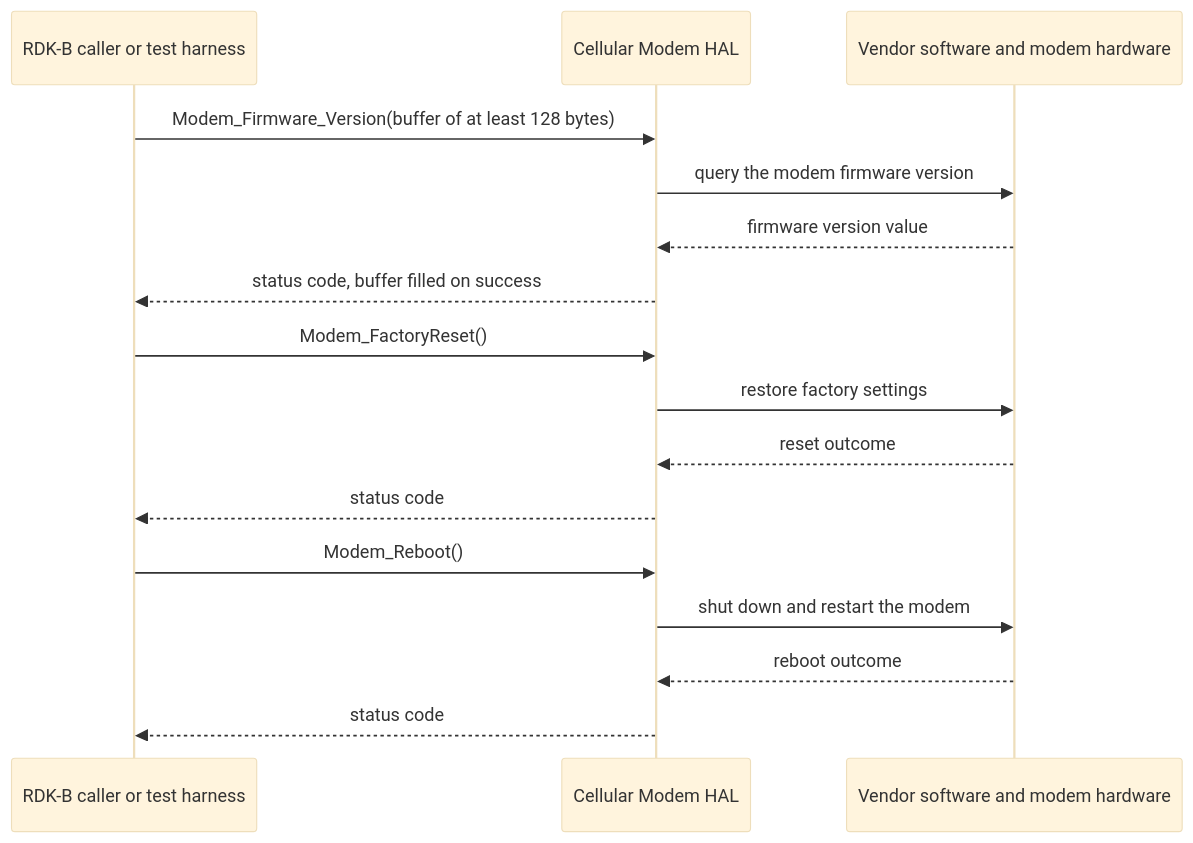
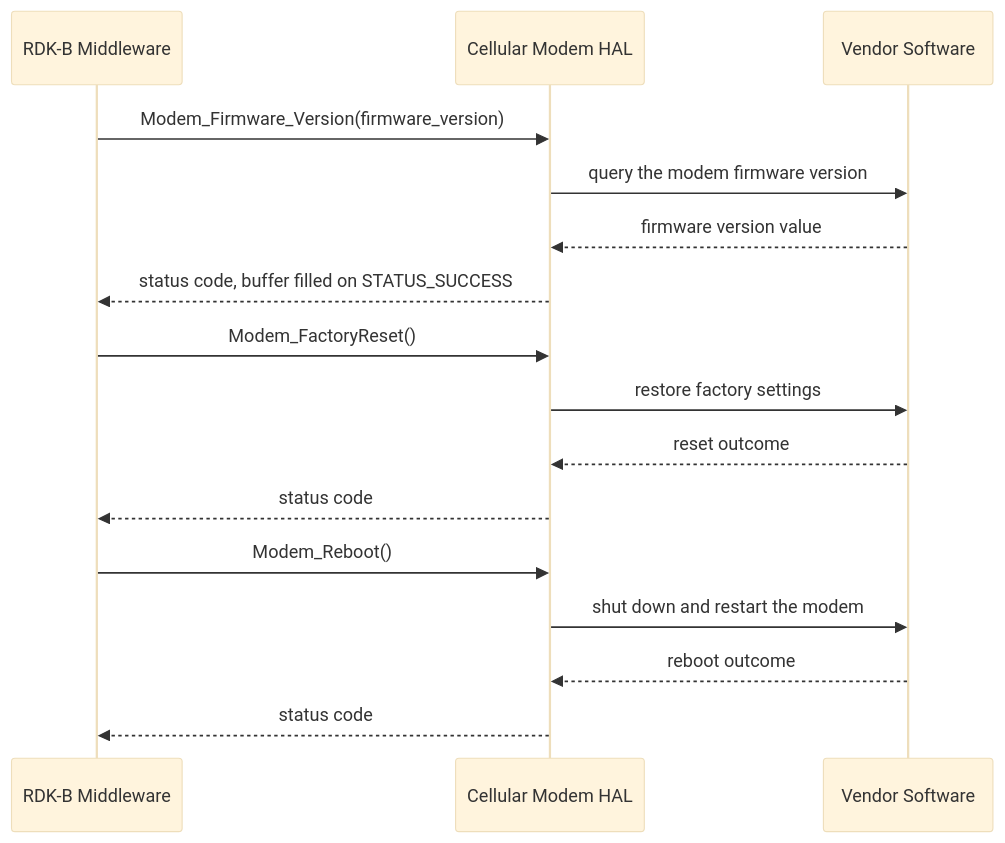
The second of 2 diagrams in docs/pages/halSpec.md (Blitzy-Sky/rdkb-halif-cellular-modem), drawn with Mermaid (base theme) before and after one commit. The commit also changed other lines of this file, not shown here.

First line of the commit message:
docs: simplify the Cellular Modem HAL specification

````diff
--- a/docs/pages/halSpec.md
+++ b/docs/pages/halSpec.md
@@ -629,21 +307,21 @@
 ```mermaid
 sequenceDiagram
-    participant Caller as RDK-B caller or test harness
+    participant Caller as RDK-B Middleware
     participant HAL as Cellular Modem HAL
-    participant Vendor as Vendor software and modem hardware
+    participant Vendor as Vendor Software
 
-    Caller->>HAL: Modem_Firmware_Version(buffer of at least 128 bytes)
+    Caller->>HAL: Modem_Firmware_Version(firmware_version)
     HAL->>Vendor: query the modem firmware version
     Vendor-->>HAL: firmware version value
-    HAL-->>Caller: status code, buffer filled on success
+    HAL-->>Caller: status code, buffer filled on STATUS_SUCCESS
 
     Caller->>HAL: Modem_FactoryReset()
     HAL->>Vendor: restore factory settings
     Vendor-->>HAL: reset outcome
     HAL-->>Caller: status code
 
     Caller->>HAL: Modem_Reboot()
     HAL->>Vendor: shut down and restart the modem
     Vendor-->>HAL: reboot outcome
     HAL-->>Caller: status code
 ```
````
